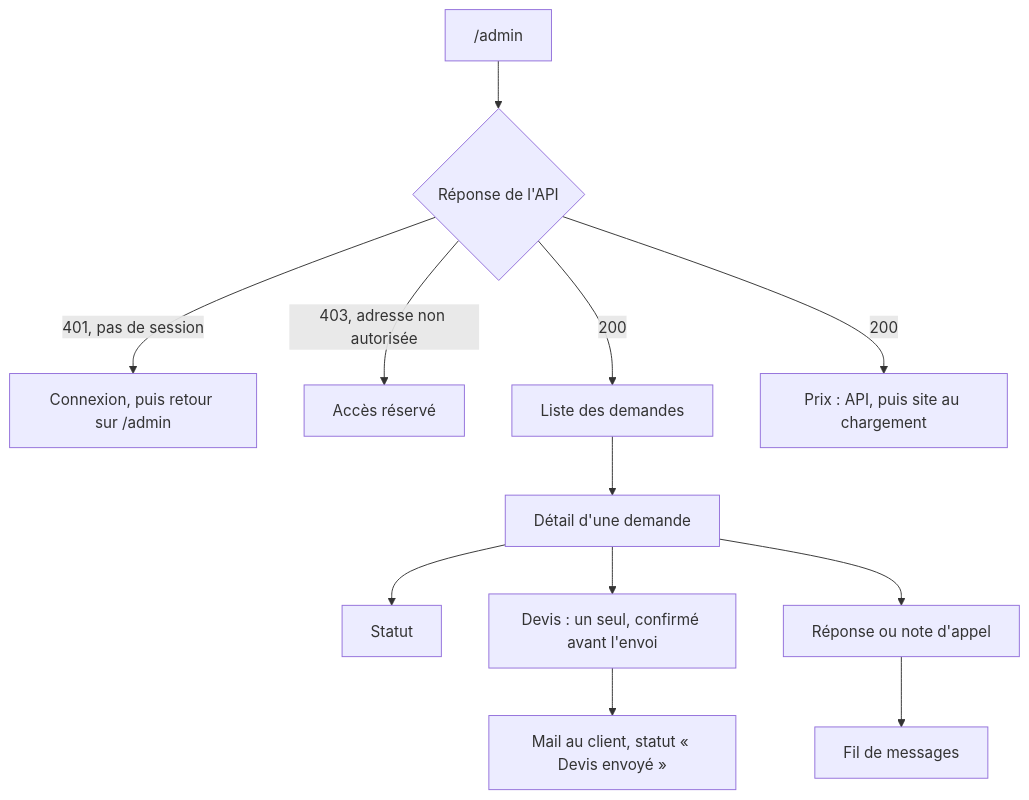
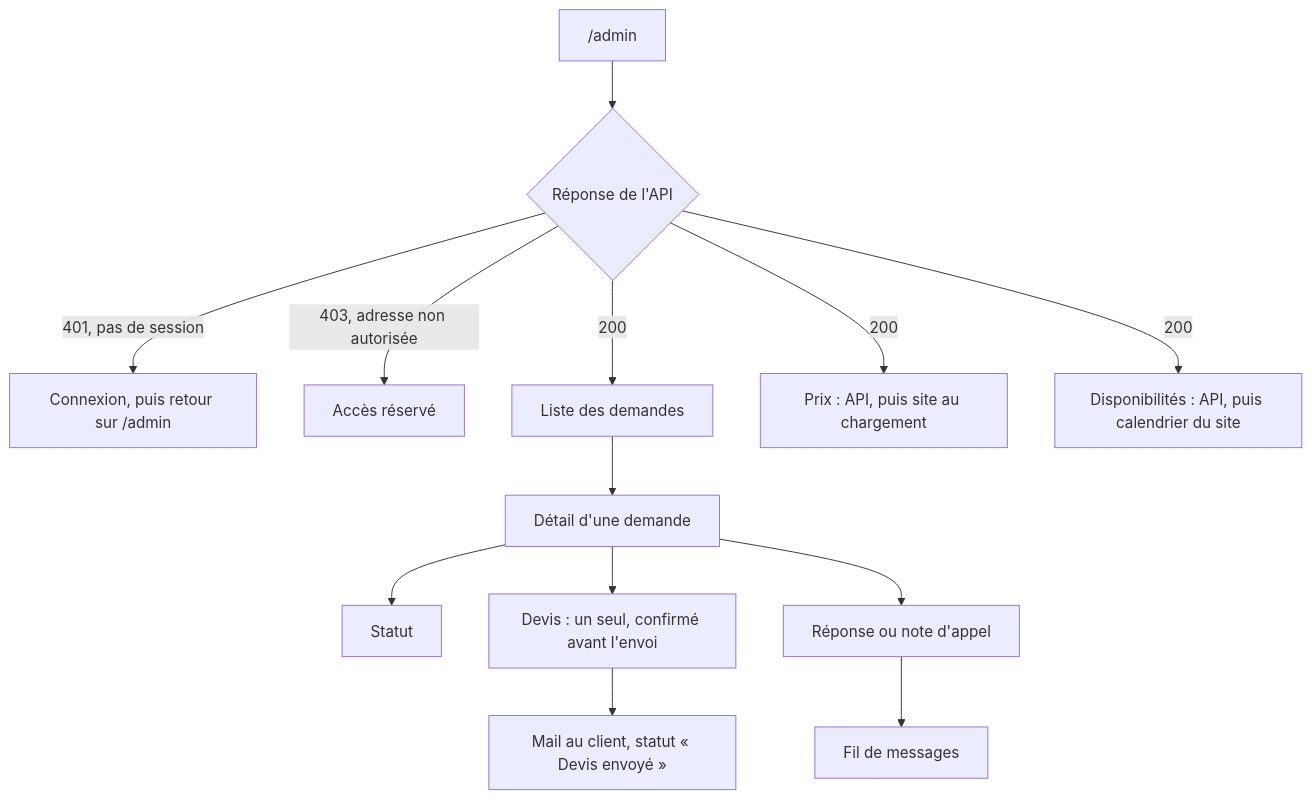
One commit to bsandoz79/bsandoz-site changed the diagram in docs/fonctionnalites/back-office.md. Above: the diagram before and after it, drawn with Mermaid. The commit also changed other lines of this file and 9 other files, not shown here.

````diff
--- a/docs/fonctionnalites/back-office.md
+++ b/docs/fonctionnalites/back-office.md
@@ -7,14 +7,15 @@
 ```mermaid
 flowchart TD
   A["/admin"] --> B{"Réponse de l'API"}
   B -- "401, pas de session" --> C["Connexion, puis retour sur /admin"]
   B -- "403, adresse non autorisée" --> D["Accès réservé"]
   B -- "200" --> E["Liste des demandes"]
   B -- "200" --> P["Prix : API, puis site au chargement"]
+  B -- "200" --> Q["Disponibilités : API, puis calendrier du site"]
   E --> F["Détail d'une demande"]
   F --> G["Statut"]
   F --> H["Devis : un seul, confirmé avant l'envoi"]
   F --> I["Réponse ou note d'appel"]
   H --> J["Mail au client, statut « Devis envoyé »"]
   I --> K["Fil de messages"]
 ```
````
